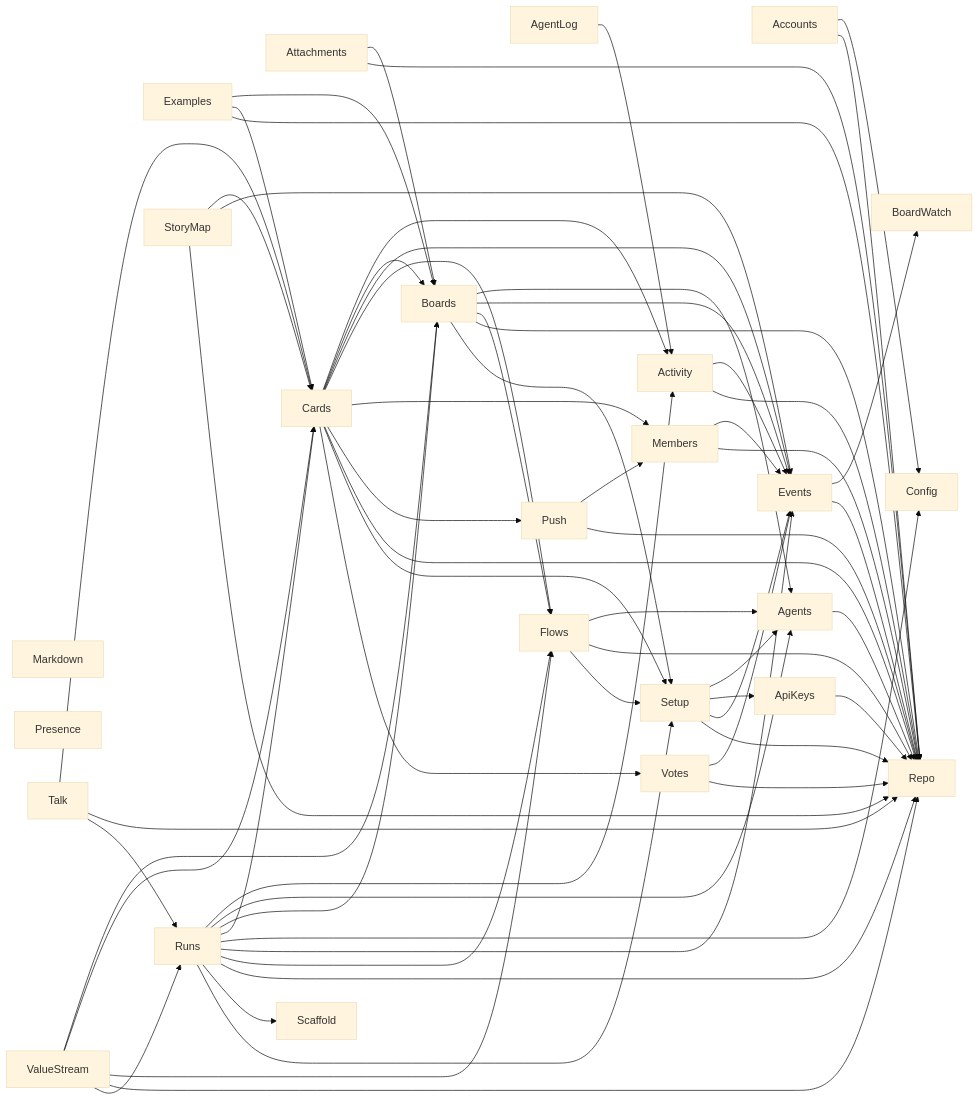
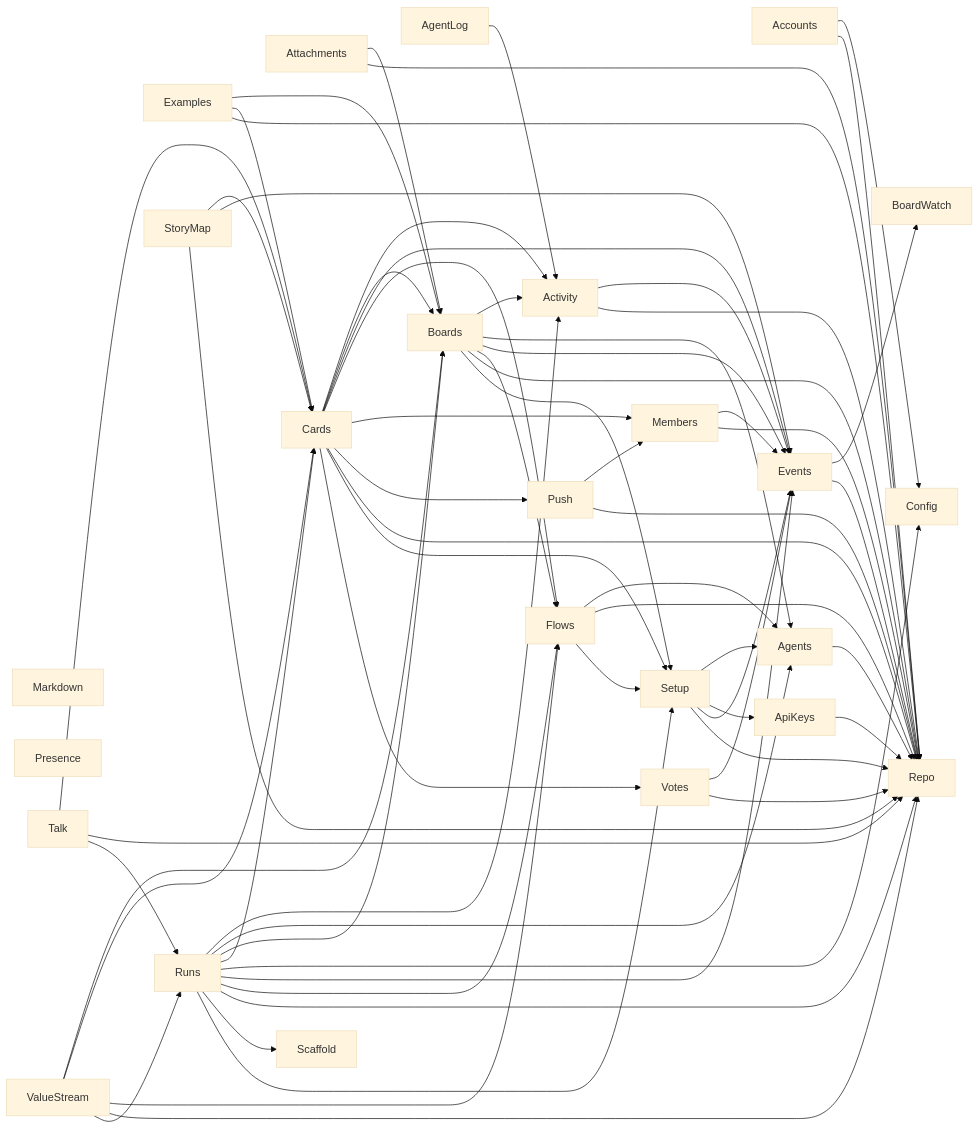
One commit to jeremylightsmith/relay changed the second of 2 diagrams in docs/architecture/deps.md. Above: the diagram before and after it, drawn with Mermaid (base theme). The commit also changed 13 other files, not shown here.

````diff
--- a/docs/architecture/deps.md
+++ b/docs/architecture/deps.md
@@ -29,67 +29,68 @@
 ```mermaid
 flowchart LR
     Markdown
     Presence
     Accounts --> Config
     Accounts --> Repo
     Activity --> Events
     Activity --> Repo
     AgentLog --> Activity
     Agents --> Repo
     ApiKeys --> Repo
     Attachments --> Boards
     Attachments --> Repo
+    Boards --> Activity
     Boards --> Agents
     Boards --> Events
     Boards --> Flows
     Boards --> Repo
     Boards --> Setup
     Cards --> Activity
     Cards --> Boards
     Cards --> Events
     Cards --> Flows
     Cards --> Members
     Cards --> Push
     Cards --> Repo
     Cards --> Setup
     Cards --> Votes
     Events --> BoardWatch
     Events --> Repo
     Examples --> Boards
     Examples --> Cards
     Examples --> Repo
     Flows --> Agents
     Flows --> Repo
     Flows --> Setup
     Members --> Events
     Members --> Repo
     Push --> Members
     Push --> Repo
     Runs --> Activity
     Runs --> Agents
     Runs --> Boards
     Runs --> Cards
     Runs --> Config
     Runs --> Events
     Runs --> Flows
     Runs --> Repo
     Runs --> Scaffold
     Runs --> Setup
     Setup --> Agents
     Setup --> ApiKeys
     Setup --> Events
     Setup --> Repo
     StoryMap --> Cards
     StoryMap --> Events
     StoryMap --> Repo
     Talk --> Cards
     Talk --> Repo
     Talk --> Runs
     ValueStream --> Boards
     ValueStream --> Cards
     ValueStream --> Flows
     ValueStream --> Repo
     ValueStream --> Runs
     Votes --> Events
     Votes --> Repo
 ```
````
